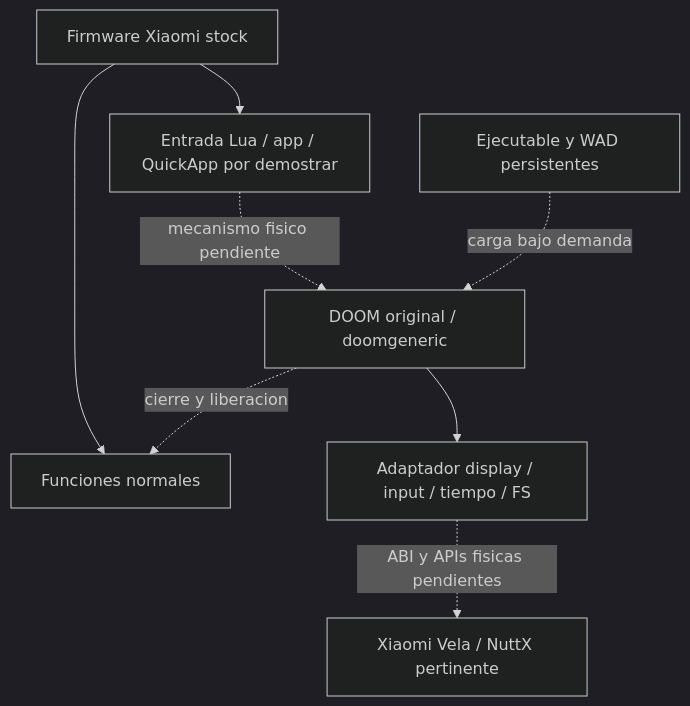
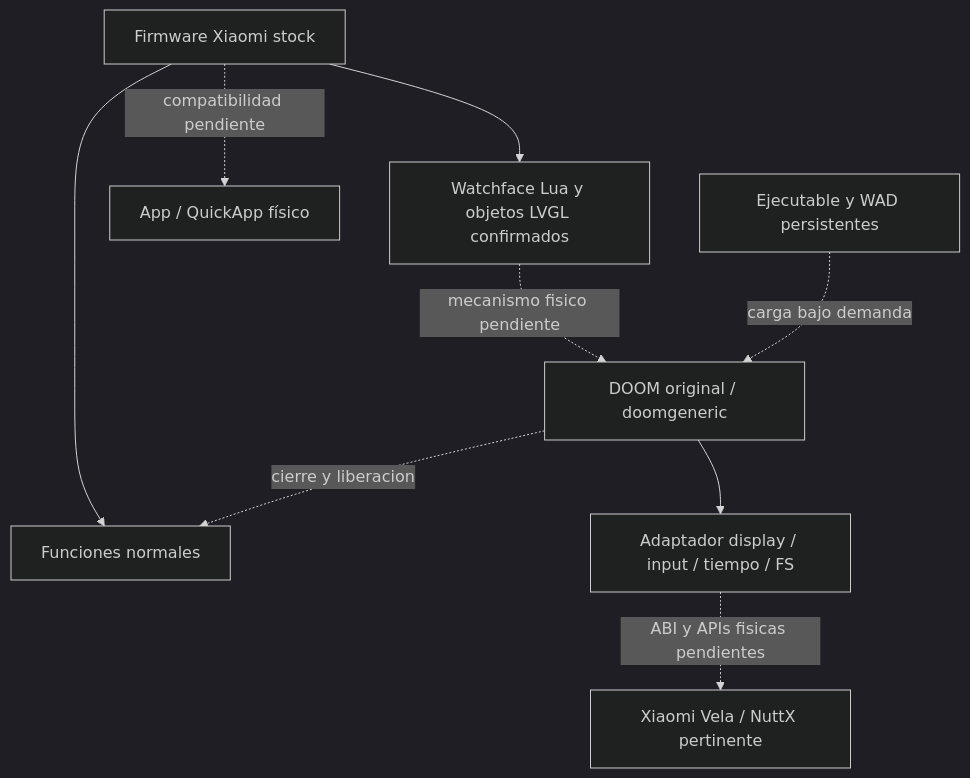
The diagram in docs/architecture.md (Pizofh/Doomed---Doom-for-Redmi-watch-4-), drawn with Mermaid (dark theme) before and after one commit. The commit also changed other lines of this file and 10 other files, not shown here.

````diff
--- a/docs/architecture.md
+++ b/docs/architecture.md
@@ -7,10 +11,11 @@
 ```mermaid
 flowchart TD
     S[Firmware Xiaomi stock] --> W[Funciones normales]
-    S --> L[Entrada Lua / app / QuickApp por demostrar]
+    S --> L[Watchface Lua y objetos LVGL confirmados]
+    S -. compatibilidad pendiente .-> A[App / QuickApp físico]
     L -. mecanismo fisico pendiente .-> D[DOOM original / doomgeneric]
     D --> P[Adaptador display / input / tiempo / FS]
     P -. ABI y APIs fisicas pendientes .-> V[Xiaomi Vela / NuttX pertinente]
     F[Ejecutable y WAD persistentes] -. carga bajo demanda .-> D
     D -. cierre y liberacion .-> W
 ```
````
